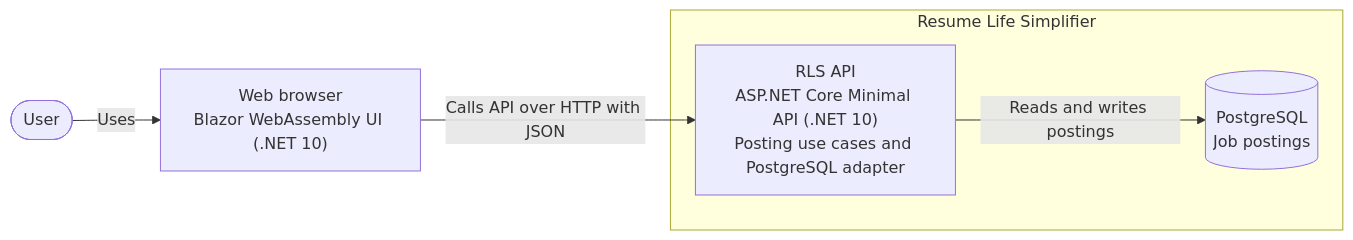
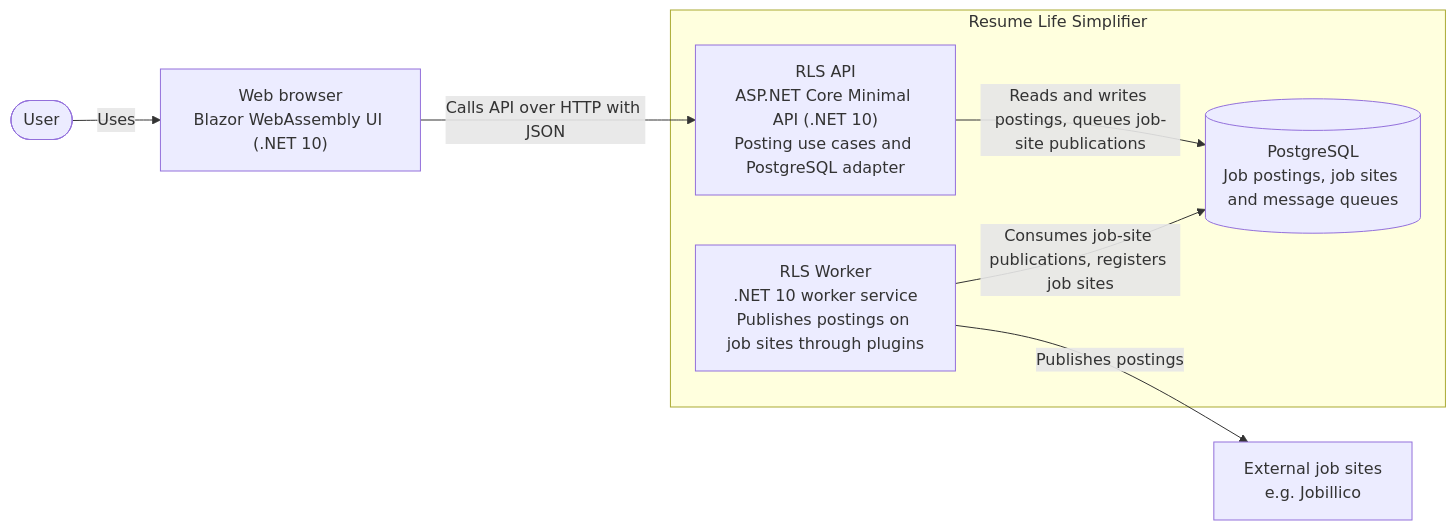
One commit to dialden/resume-life-simplifier changed the second of 2 diagrams in README.md. Above: the diagram before and after it, drawn with Mermaid. The commit also changed other lines of this file and 145 other files, not shown here.

Commit message:
Publish external sites (with jobillico) (#57)

````diff
--- a/README.md
+++ b/README.md
@@ -31,14 +31,18 @@
 ```mermaid
 flowchart LR
     user(["User"])
     browser["Web browser<br/>Blazor WebAssembly UI (.NET 10)"]
 
     subgraph rls["Resume Life Simplifier"]
         api["RLS API<br/>ASP.NET Core Minimal API (.NET 10)<br/>Posting use cases and PostgreSQL adapter"]
-        database[("PostgreSQL<br/>Job postings")]
+        worker["RLS Worker<br/>.NET 10 worker service<br/>Publishes postings on job sites through plugins"]
+        database[("PostgreSQL<br/>Job postings, job sites and message queues")]
     end
+    jobSites["External job sites<br/>e.g. Jobillico"]
 
     user -->|Uses| browser
     browser -->|Calls API over HTTP with JSON| api
-    api -->|Reads and writes postings| database
+    api -->|Reads and writes postings, queues job-site publications| database
+    worker -->|Consumes job-site publications, registers job sites| database
+    worker -->|Publishes postings| jobSites
 ```
````
